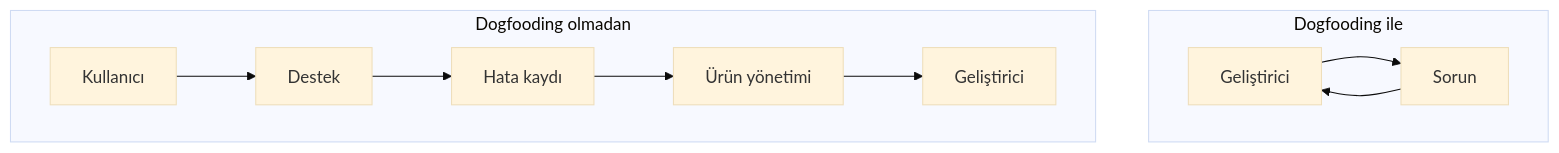
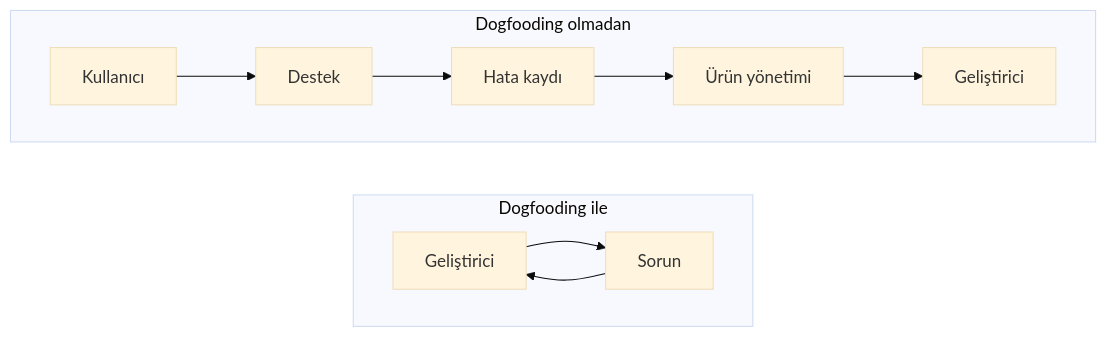
The diagram in _posts/2026-09-04-dogfooding-kendi-urununu-kullanmak.md (Mavrikant/mavrikant.github.io), drawn with Mermaid (base theme) before and after one commit. The commit also changed 8 other files, not shown here.

First line of the commit message:
Mermaid'i sütuna sığdır ve büyütme penceresi ekle; denetim bulgularını düzelt

```diff
--- a/_posts/2026-09-04-dogfooding-kendi-urununu-kullanmak.md
+++ b/_posts/2026-09-04-dogfooding-kendi-urununu-kullanmak.md
@@ -29,11 +29,12 @@
 <div class="mermaid">
 flowchart TB
     subgraph B["Dogfooding ile"]
         direction LR
         G2[Geliştirici] --> S[Sorun] --> G2
     end
     subgraph A["Dogfooding olmadan"]
         direction LR
         K[Kullanıcı] --> D[Destek] --> R[Hata kaydı] --> U[Ürün yönetimi] --> G1[Geliştirici]
     end
+    A ~~~ B
 </div>
```
